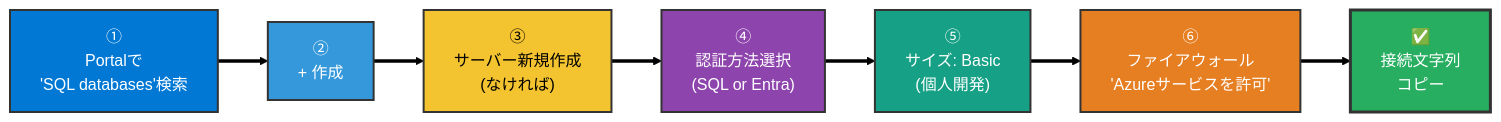
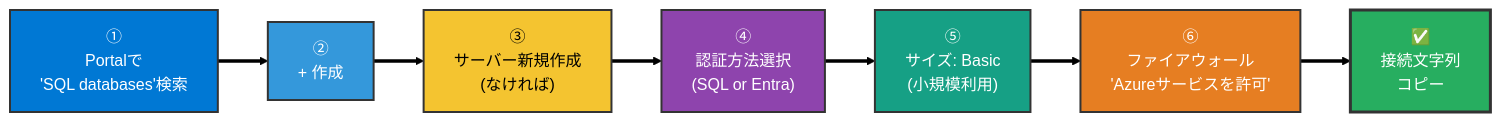
Before and after one commit to kasuyaofcb/tech_docs: diagram 12 of 19 in azure/setup.md, drawn with Mermaid (forest theme). The commit also changed other lines of this file and 1 other file, not shown here.

````diff
--- a/azure/setup.md
+++ b/azure/setup.md
@@ -395,17 +395,17 @@
 ```mermaid
 flowchart LR
     S1["①<br/>Portalで<br/>'SQL databases'検索"] ==> S2["②<br/>+ 作成"]
     S2 ==> S3["③<br/>サーバー新規作成<br/>(なければ)"]
     S3 ==> S4["④<br/>認証方法選択<br/>(SQL or Entra)"]
-    S4 ==> S5["⑤<br/>サイズ: Basic<br/>(個人開発)"]
+    S4 ==> S5["⑤<br/>サイズ: Basic<br/>(小規模利用)"]
     S5 ==> S6["⑥<br/>ファイアウォール<br/>'Azureサービスを許可'"]
     S6 ==> S7["✅<br/>接続文字列<br/>コピー"]
 
     style S1 fill:#0078D4,color:#FFFFFF,stroke:#333,stroke-width:2px
     style S2 fill:#3498DB,color:#FFFFFF,stroke:#333,stroke-width:2px
     style S3 fill:#F4C430,color:#000,stroke:#333,stroke-width:2px
     style S4 fill:#8E44AD,color:#FFFFFF,stroke:#333,stroke-width:2px
     style S5 fill:#16A085,color:#FFFFFF,stroke:#333,stroke-width:2px
     style S6 fill:#E67E22,color:#FFFFFF,stroke:#333,stroke-width:2px
     style S7 fill:#27AE60,color:#FFFFFF,stroke:#333,stroke-width:3px
 ```
````
